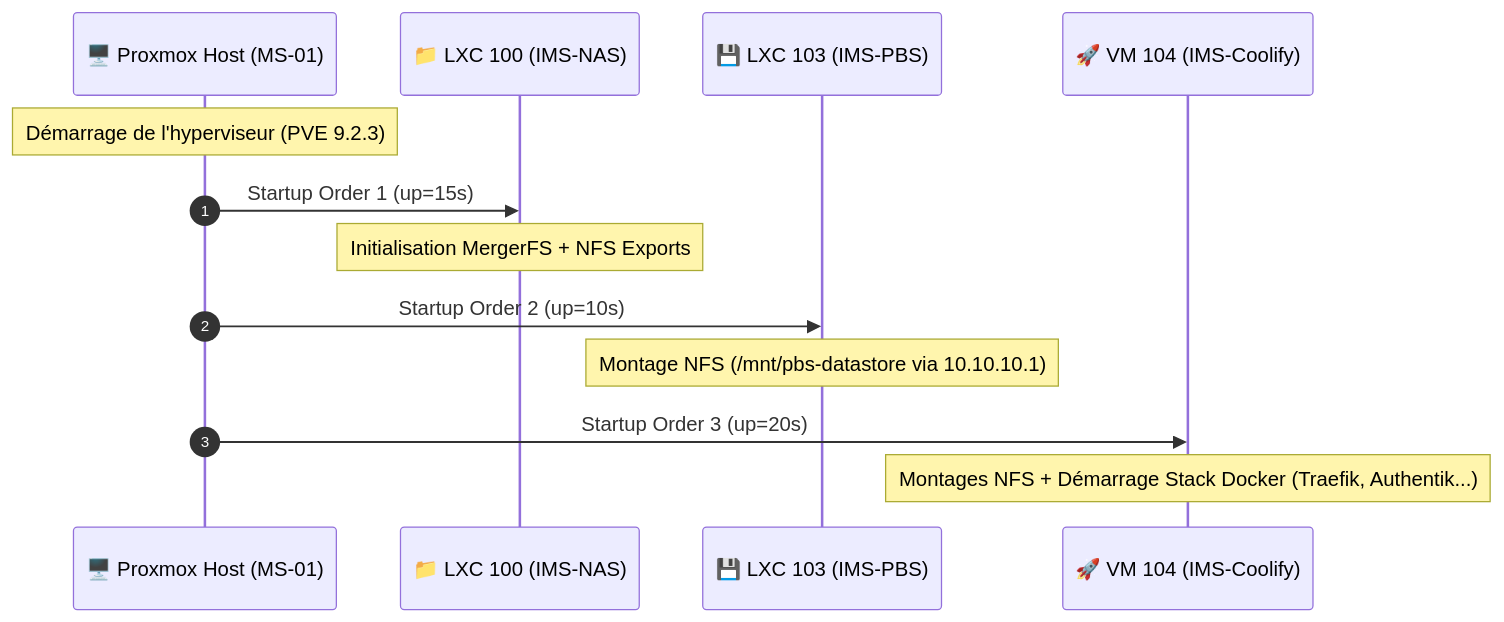
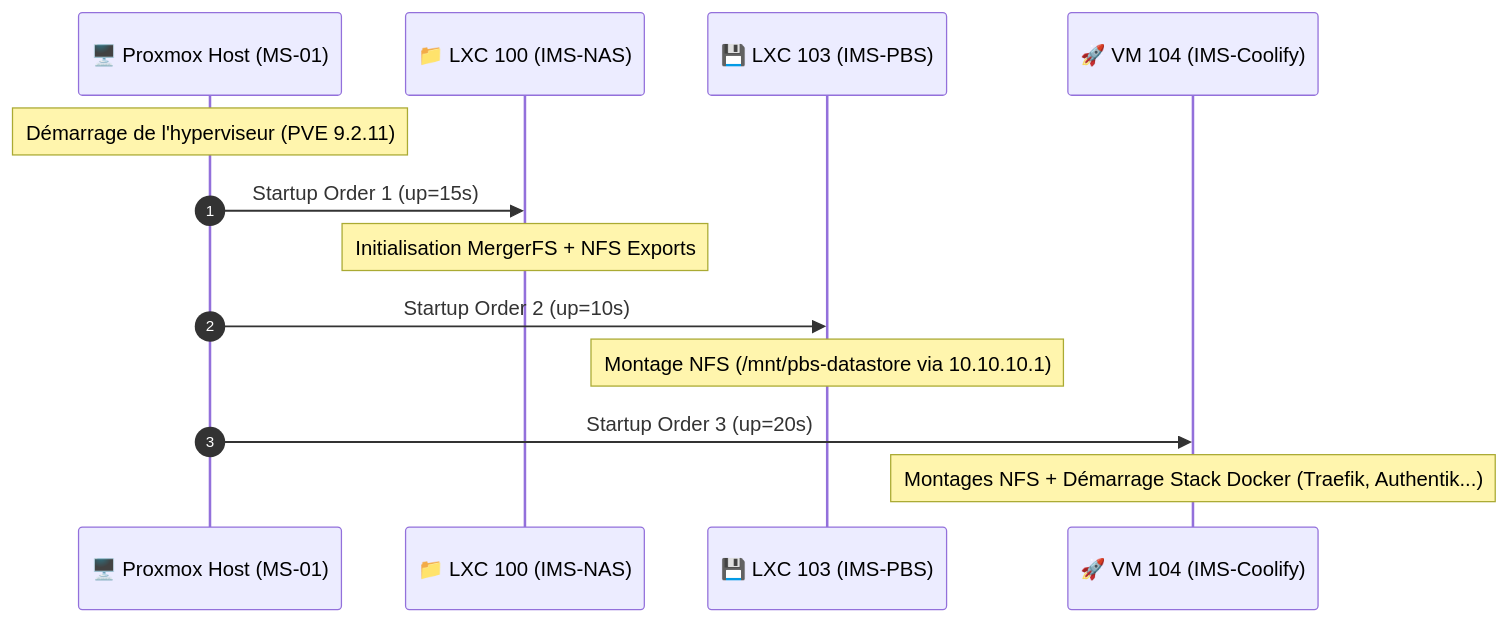
Before and after one commit to ims-world/docs: the second of 2 diagrams in infrastructure/proxmox-host.md, drawn with Mermaid. The commit also changed other lines of this file and 14 other files, not shown here.

````diff
--- a/infrastructure/proxmox-host.md
+++ b/infrastructure/proxmox-host.md
@@ -89,16 +89,16 @@
 ```mermaid
 sequenceDiagram
     autonumber
     participant Host as 🖥️ Proxmox Host (MS-01)
     participant NAS as 📁 LXC 100 (IMS-NAS)
     participant PBS as 💾 LXC 103 (IMS-PBS)
     participant Coolify as 🚀 VM 104 (IMS-Coolify)
 
-    Note over Host: Démarrage de l'hyperviseur (PVE 9.2.3)
+    Note over Host: Démarrage de l'hyperviseur (PVE 9.2.11)
     Host->>NAS: Startup Order 1 (up=15s)
     Note over NAS: Initialisation MergerFS + NFS Exports
     Host->>PBS: Startup Order 2 (up=10s)
     Note over PBS: Montage NFS (/mnt/pbs-datastore via 10.10.10.1)
     Host->>Coolify: Startup Order 3 (up=20s)
     Note over Coolify: Montages NFS + Démarrage Stack Docker (Traefik, Authentik...)
 ```
````
